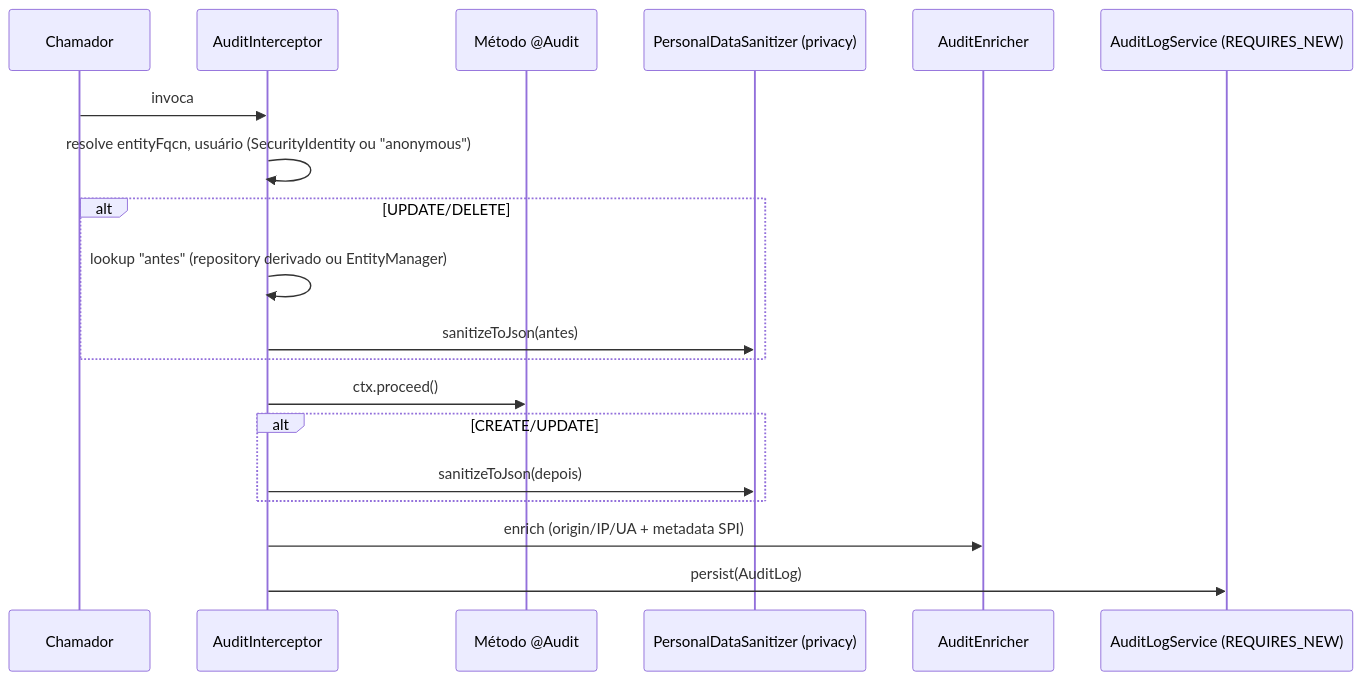
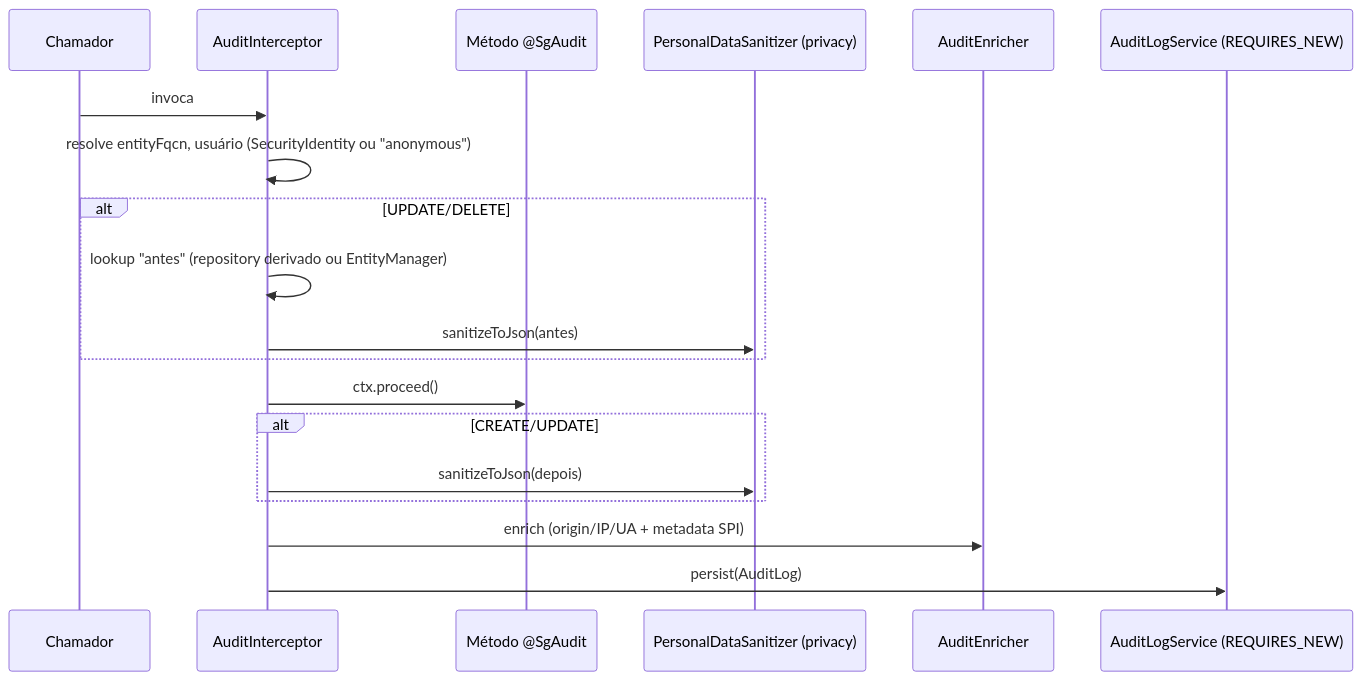
One commit to SeedGrid/seedgrid-ai changed the diagram in seedgridKB/SeedGrid/Extensions/audit/Visao-geral.md. Above: the diagram before and after it, drawn with Mermaid. The commit also changed other lines of this file and 55 other files, not shown here.

````diff
--- a/seedgridKB/SeedGrid/Extensions/audit/Visao-geral.md
+++ b/seedgridKB/SeedGrid/Extensions/audit/Visao-geral.md
@@ -40,21 +40,21 @@
 ```mermaid
 sequenceDiagram
     participant C as Chamador
     participant I as AuditInterceptor
-    participant M as Método @Audit
+    participant M as Método @SgAudit
     participant P as PersonalDataSanitizer (privacy)
     participant E as AuditEnricher
     participant S as AuditLogService (REQUIRES_NEW)
     C->>I: invoca
     I->>I: resolve entityFqcn, usuário (SecurityIdentity ou "anonymous")
     alt UPDATE/DELETE
         I->>I: lookup "antes" (repository derivado ou EntityManager)
         I->>P: sanitizeToJson(antes)
     end
     I->>M: ctx.proceed()
     alt CREATE/UPDATE
         I->>P: sanitizeToJson(depois)
     end
     I->>E: enrich (origin/IP/UA + metadata SPI)
     I->>S: persist(AuditLog)
 ```
````
